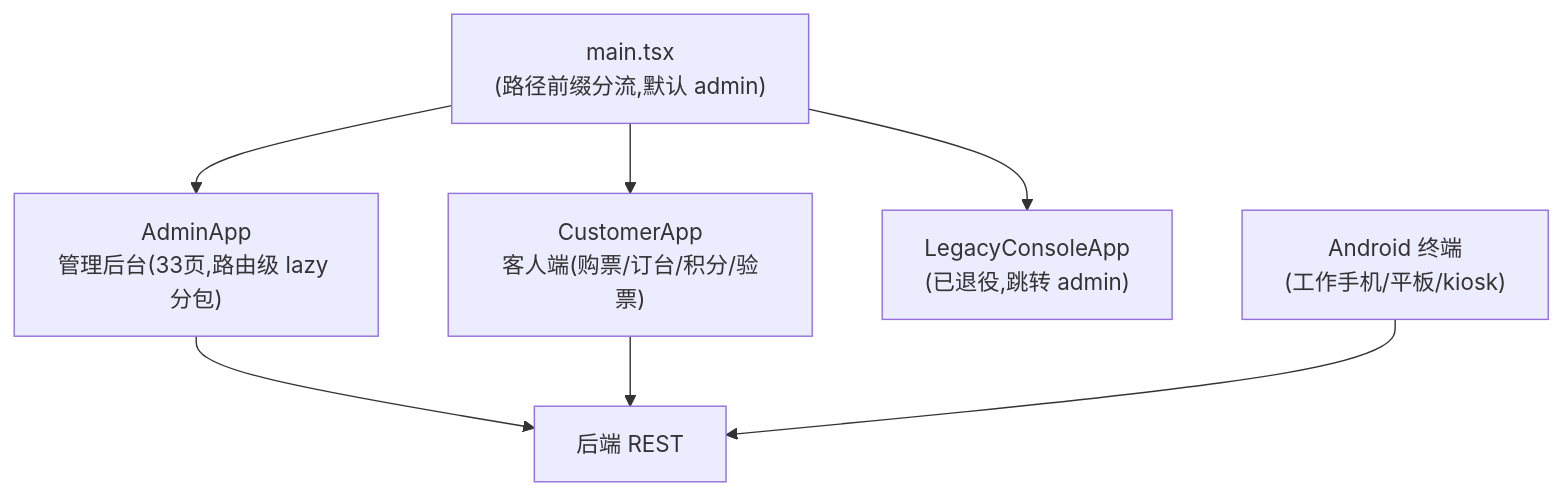
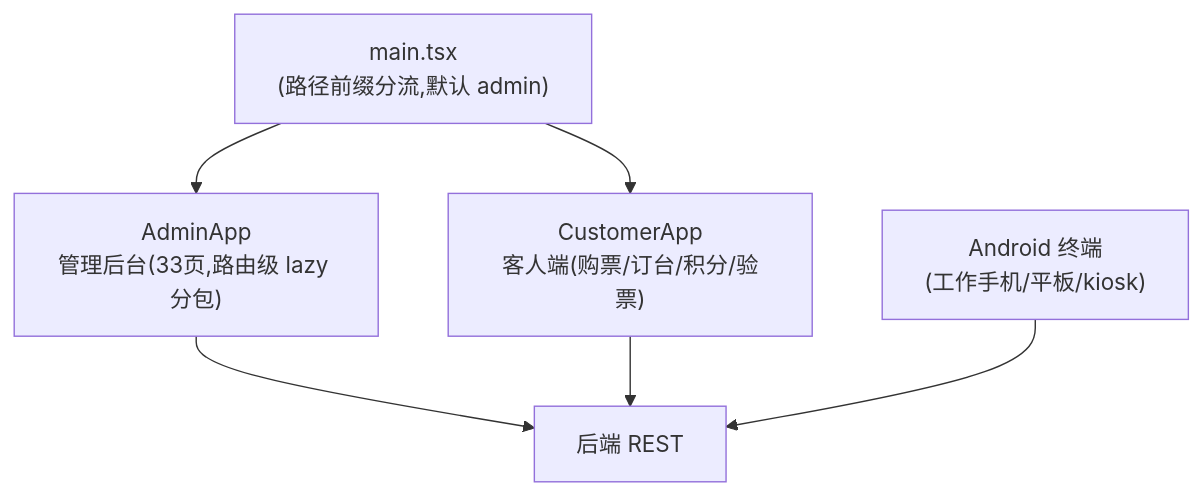
Before and after one commit to jxh1979/mall: the fifth of 5 diagrams in docs/architecture-overview-v0.1.md, drawn with Mermaid. The commit also changed 60 other files, not shown here.

First line of the commit message:
feat: legacy 控制台退役删除 + admin 承接鉴权错误验收 + semgrep 流水线重建

````diff
--- a/docs/architecture-overview-v0.1.md
+++ b/docs/architecture-overview-v0.1.md
@@ -133,10 +133,9 @@
 ```mermaid
 graph TB
   MAIN["main.tsx<br/>(路径前缀分流,默认 admin)"]
   MAIN --> ADM["AdminApp<br/>管理后台(33页,路由级 lazy 分包)"]
   MAIN --> CUST["CustomerApp<br/>客人端(购票/订台/积分/验票)"]
-  MAIN --> LEG["LegacyConsoleApp<br/>(已退役,跳转 admin)"]
   ADM --> APIc["后端 REST"]
   CUST --> APIc
   ANDR["Android 终端<br/>(工作手机/平板/kiosk)"] --> APIc
 ```
````
